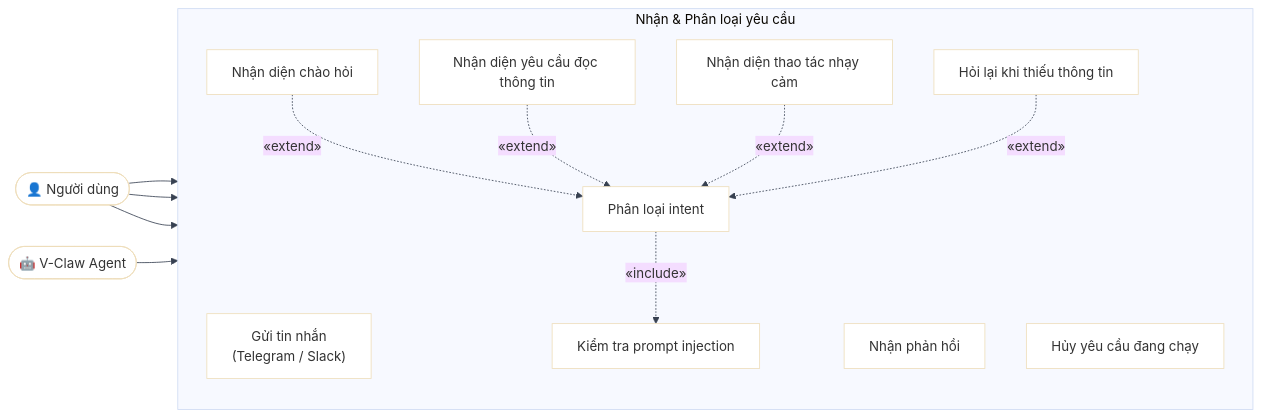
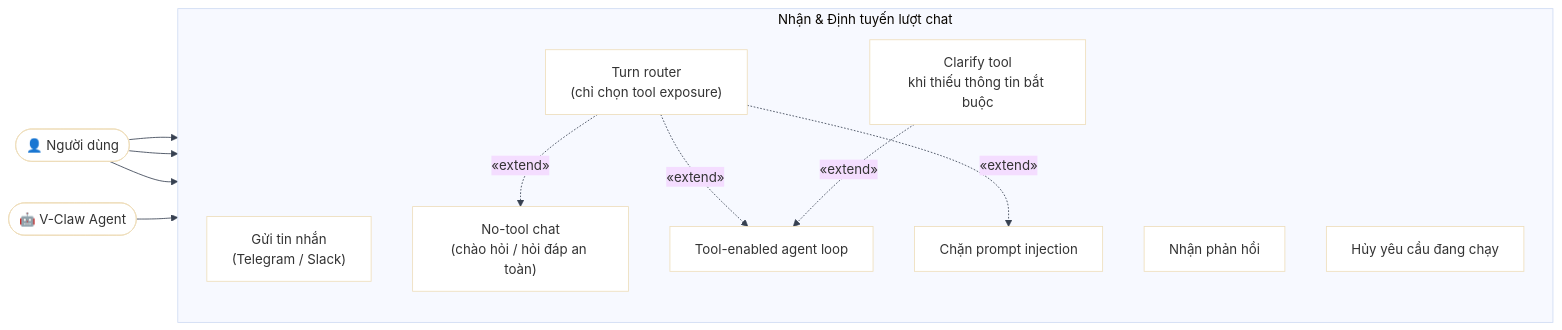
Before and after one commit to AI26-V-Claw/V-Claw: the first of 9 diagrams in docs/02-usecase-diagram.md, drawn with Mermaid. The commit also changed other lines of this file and 19 other files, not shown here.

Commit message:
Add turn router based agent flow

````diff
--- a/docs/02-usecase-diagram.md
+++ b/docs/02-usecase-diagram.md
@@ -14,31 +14,29 @@
 ```mermaid
 %%{init: {"theme": "base", "themeVariables": {"background": "#ffffff", "mainBkg": "#ffffff", "darkMode": false, "lineColor": "#374151"}}}%%
 flowchart LR
     user(["👤 Người dùng"])
     agent(["🤖 V-Claw Agent"])
  
-    subgraph INPUT ["Nhận & Phân loại yêu cầu"]
+    subgraph INPUT ["Nhận & Định tuyến lượt chat"]
         direction TB
         UC_SEND["Gửi tin nhắn\n(Telegram / Slack)"]
         UC_RECV["Nhận phản hồi"]
         UC_CANCEL["Hủy yêu cầu đang chạy"]
  
-        UC_CLASSIFY["Phân loại intent"]
-        UC_INJECT["Kiểm tra prompt injection"]
-        UC_GREET["Nhận diện chào hỏi"]
-        UC_READ["Nhận diện yêu cầu đọc thông tin"]
-        UC_DANGER["Nhận diện thao tác nhạy cảm"]
-        UC_ASK["Hỏi lại khi thiếu thông tin"]
+        UC_ROUTE["Turn router\n(chỉ chọn tool exposure)"]
+        UC_NO_TOOL["No-tool chat\n(chào hỏi / hỏi đáp an toàn)"]
+        UC_TOOL["Tool-enabled agent loop"]
+        UC_INJECT["Chặn prompt injection"]
+        UC_ASK["Clarify tool\nkhi thiếu thông tin bắt buộc"]
  
-        UC_CLASSIFY -.->|"«include»"| UC_INJECT
-        UC_GREET    -.->|"«extend»"| UC_CLASSIFY
-        UC_READ     -.->|"«extend»"| UC_CLASSIFY
-        UC_DANGER   -.->|"«extend»"| UC_CLASSIFY
-        UC_ASK      -.->|"«extend»"| UC_CLASSIFY
+        UC_ROUTE -.->|"«extend»"| UC_NO_TOOL
+        UC_ROUTE -.->|"«extend»"| UC_TOOL
+        UC_ROUTE -.->|"«extend»"| UC_INJECT
+        UC_ASK   -.->|"«extend»"| UC_TOOL
     end
  
     user  --> UC_SEND
     user  --> UC_RECV
     user  --> UC_CANCEL
-    agent --> UC_CLASSIFY
+    agent --> UC_ROUTE
 ```
````
